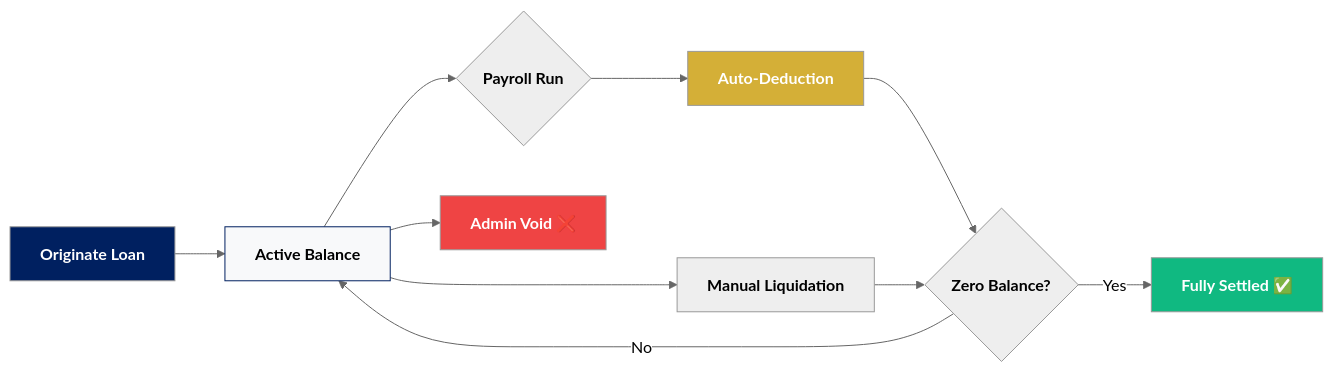
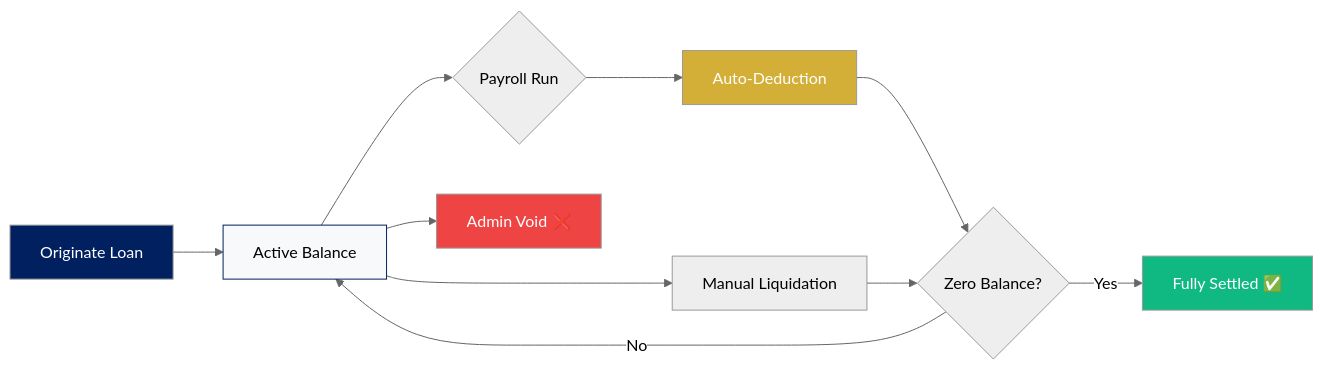
One commit to binssente-crypto/PAYROLL-DOCUMENTATION changed the seventh of 13 diagrams in README.md. Above: the diagram before and after it, drawn with Mermaid (neutral theme). The commit also changed other lines of this file, not shown here.

````diff
--- a/README.md
+++ b/README.md
@@ -240,18 +241,18 @@
 ```mermaid
 flowchart LR
-    CREATE[<b>Originate Loan</b>] --> ACTIVE[<b>Active Balance</b>]
-    ACTIVE --> PAYROLL{<b>Payroll Run</b>}
-    PAYROLL --> DEDUCT[<b>Auto-Deduction</b>]
-    DEDUCT --> BAL{<b>Zero Balance?</b>}
-    BAL -- "Yes" --> PAID[<b>Fully Settled ✅</b>]
+    CREATE[Originate Loan] --> ACTIVE[Active Balance]
+    ACTIVE --> PAYROLL{Payroll Run}
+    PAYROLL --> DEDUCT[Auto-Deduction]
+    DEDUCT --> BAL{Zero Balance?}
+    BAL -- "Yes" --> PAID[Fully Settled ✅]
     BAL -- "No" --> ACTIVE
-    ACTIVE --> MANUAL[<b>Manual Liquidation</b>]
+    ACTIVE --> MANUAL[Manual Liquidation]
     MANUAL --> BAL
-    ACTIVE --> CANCEL[<b>Admin Void ❌</b>]
+    ACTIVE --> CANCEL[Admin Void ❌]
 
     style CREATE fill:#002060,color:#fff
     style PAID fill:#10b981,color:#fff
     style CANCEL fill:#ef4444,color:#fff
     style DEDUCT fill:#D4AF37,color:#fff
     style ACTIVE fill:#f8f9fa,stroke:#002060
 ```
````
